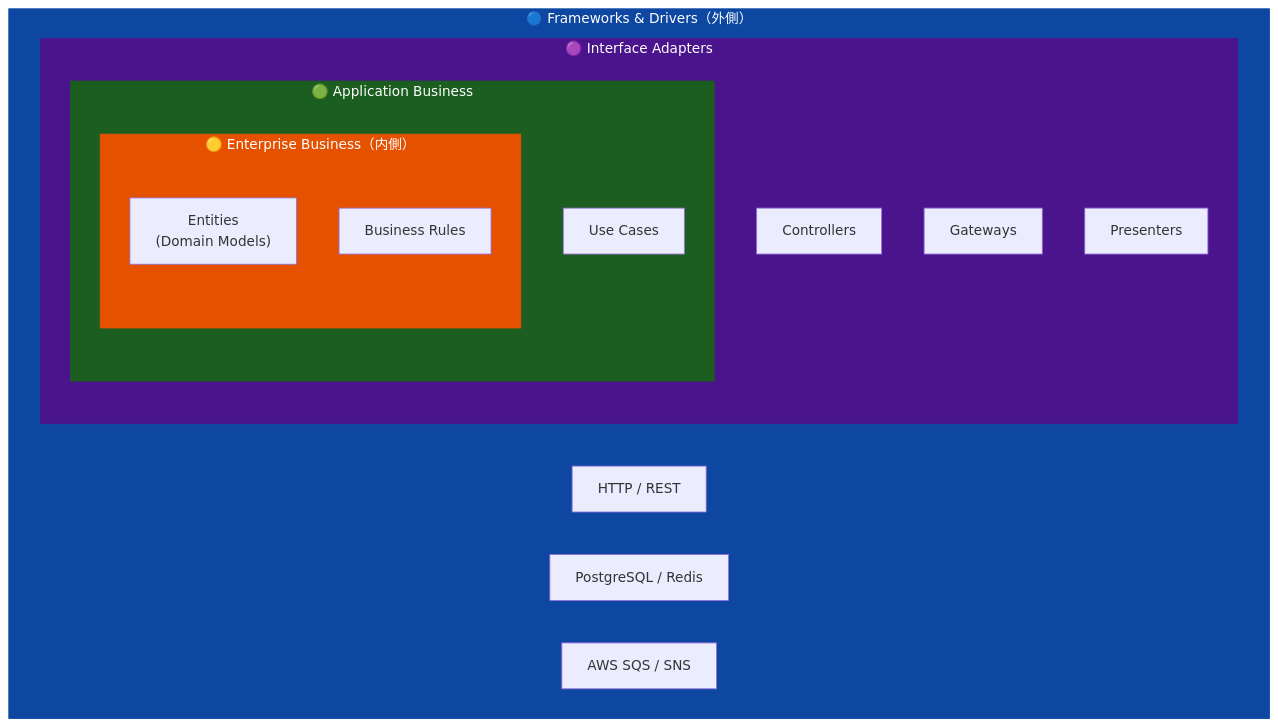
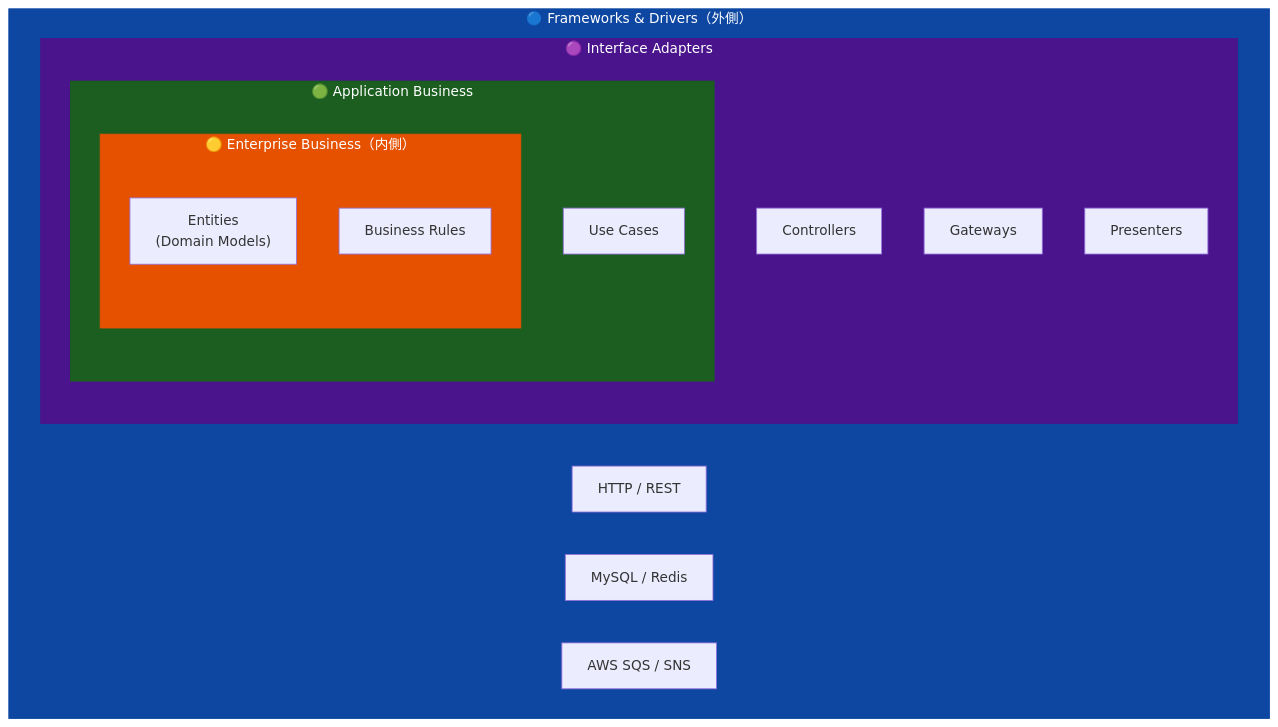
Before and after one commit to Willen-Federation/Recerdo-Developers-Docs: the first of 2 diagrams in docs/clean-architecture/index.md, drawn with Mermaid. The commit also changed other lines of this file and 31 other files, not shown here.

````diff
--- a/docs/clean-architecture/index.md
+++ b/docs/clean-architecture/index.md
@@ -8,25 +8,25 @@
 ```mermaid
 graph TB
     subgraph FD["🔵 Frameworks & Drivers（外側）"]
         HTTP["HTTP / REST"]
-        DB["PostgreSQL / Redis"]
+        DB["MySQL / Redis"]
         MQ["AWS SQS / SNS"]
         subgraph IA["🟣 Interface Adapters"]
             CTRL["Controllers"]
             GW["Gateways"]
             PRES["Presenters"]
             subgraph AB["🟢 Application Business"]
                 UC["Use Cases"]
                 subgraph EB["🟡 Enterprise Business（内側）"]
                     ENT["Entities<br/>(Domain Models)"]
                     RULE["Business Rules"]
                 end
             end
         end
     end
 
     style FD fill:#0d47a1,color:#fff,stroke:#0d47a1
     style IA fill:#4a148c,color:#fff,stroke:#4a148c
     style AB fill:#1b5e20,color:#fff,stroke:#1b5e20
     style EB fill:#e65100,color:#fff,stroke:#e65100
 ```
````
